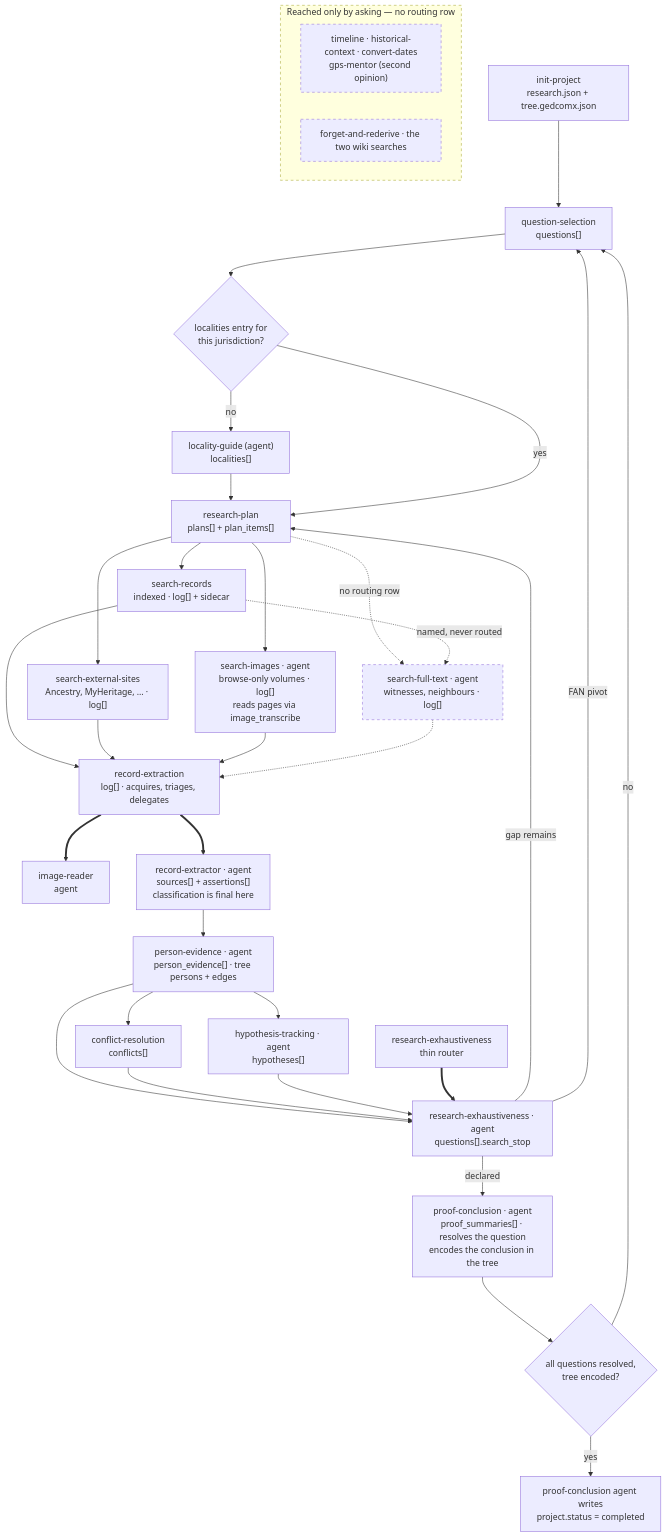
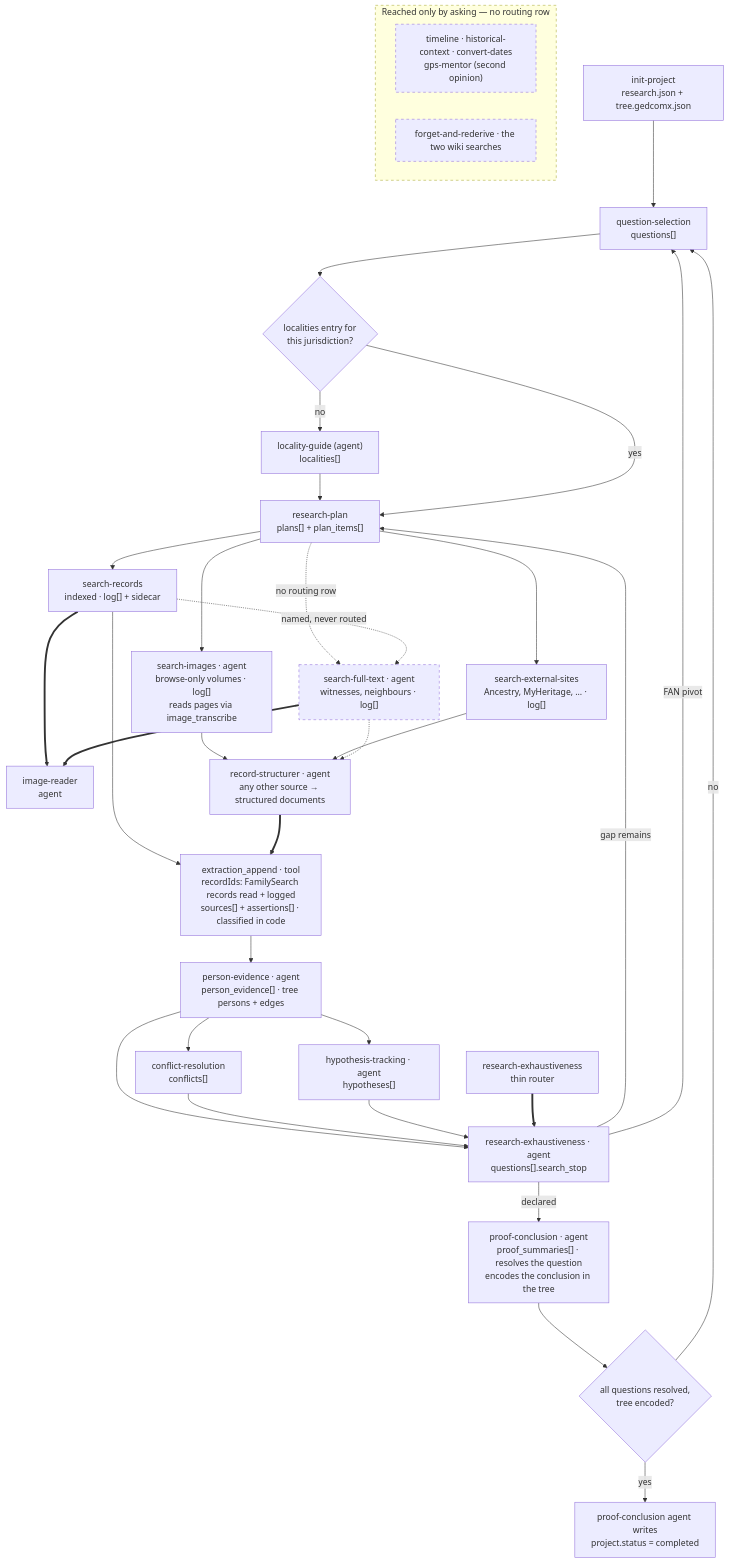
One commit to PioneerAIAcademy/cowork-genealogy changed the diagram in docs/skill-dataflow.md. Above: the diagram before and after it, drawn with Mermaid. The commit also changed other lines of this file and 385 other files, not shown here.

First line of the commit message:
Extraction runs in code: land the record-structurer work on main (#2937, #2939) (#3312)

````diff
--- a/docs/skill-dataflow.md
+++ b/docs/skill-dataflow.md
@@ -71,49 +73,50 @@
 ```mermaid
 flowchart TD
     IP["init-project<br/>research.json + tree.gedcomx.json"] --> QS
     QS["question-selection<br/>questions[]"] --> LOCGATE
     LOCGATE{"localities entry for<br/>this jurisdiction?"}
     LOCGATE -- no --> LG["locality-guide (agent)<br/>localities[]"] --> RP
     LOCGATE -- yes --> RP["research-plan<br/>plans[] + plan_items[]"]
 
     RP --> SR["search-records<br/>indexed · log[] + sidecar"]
     RP --> SE["search-external-sites<br/>Ancestry, MyHeritage, … · log[]"]
     RP --> SIA["search-images · agent<br/>browse-only volumes · log[]<br/>reads pages via image_transcribe"]
     RP -.->|"no routing row"| SF["search-full-text · agent<br/>witnesses, neighbours · log[]"]
     SR -.->|"named, never routed"| SF
-    RE ==> IR["image-reader<br/>agent"]
+    SR ==> IR["image-reader<br/>agent"]
+    SF ==> IR
 
-    SR --> RE
-    SE --> RE
-    SIA --> RE
-    SF -.-> RE
-    RE["record-extraction<br/>log[] · acquires, triages, delegates"]
-    RE ==> RX["record-extractor · agent<br/>sources[] + assertions[]<br/>classification is final here"]
+    SR --> XA
+    SIA --> RS
+    SE --> RS
+    SF -.-> RS
+    XA["extraction_append · tool<br/>recordIds: FamilySearch records read + logged<br/>sources[] + assertions[] · classified in code"]
+    RS["record-structurer · agent<br/>any other source → structured documents"] ==> XA
 
-    RX --> PE["person-evidence · agent<br/>person_evidence[] · tree persons + edges"]
+    XA --> PE["person-evidence · agent<br/>person_evidence[] · tree persons + edges"]
     PE --> CR["conflict-resolution<br/>conflicts[]"]
     PE --> HT["hypothesis-tracking · agent<br/>hypotheses[]"]
     PE --> EXA
     CR --> EXA
     HT --> EXA
 
     EX["research-exhaustiveness<br/>thin router"]
     EX ==> EXA["research-exhaustiveness · agent<br/>questions[].search_stop"]
     EXA -- "gap remains" --> RP
     EXA -- "FAN pivot" --> QS
     EXA -- "declared" --> PCA
 
     PCA["proof-conclusion · agent<br/>proof_summaries[] · resolves the question<br/>encodes the conclusion in the tree"]
     PCA --> GATE{"all questions resolved,<br/>tree encoded?"}
     GATE -- no --> QS
     GATE -- yes --> DONE["proof-conclusion agent writes<br/>project.status = completed"]
 
     subgraph ASK ["Reached only by asking — no routing row"]
         direction LR
         U1["timeline · historical-context · convert-dates<br/>gps-mentor (second opinion)"]
         U2["forget-and-rederive · the two wiki searches"]
     end
 
     classDef unrouted stroke-dasharray: 5 5
     class SF,ASK,U1,U2 unrouted
 ```
````
